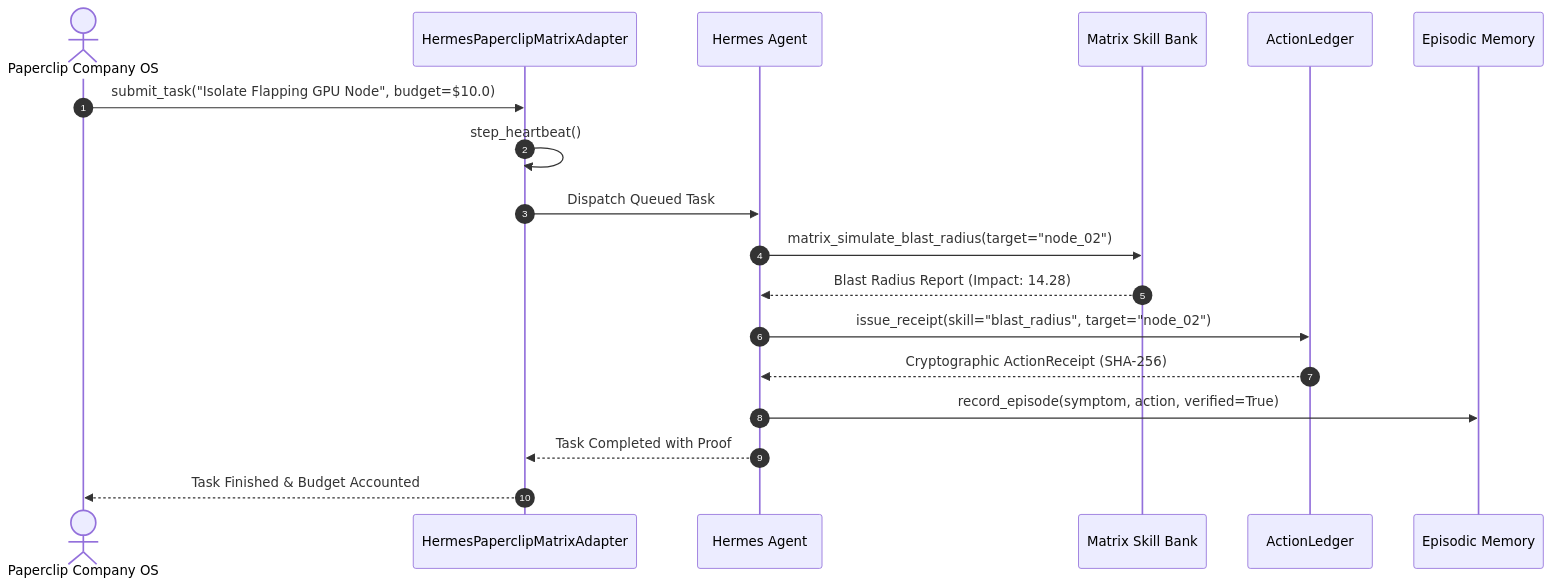
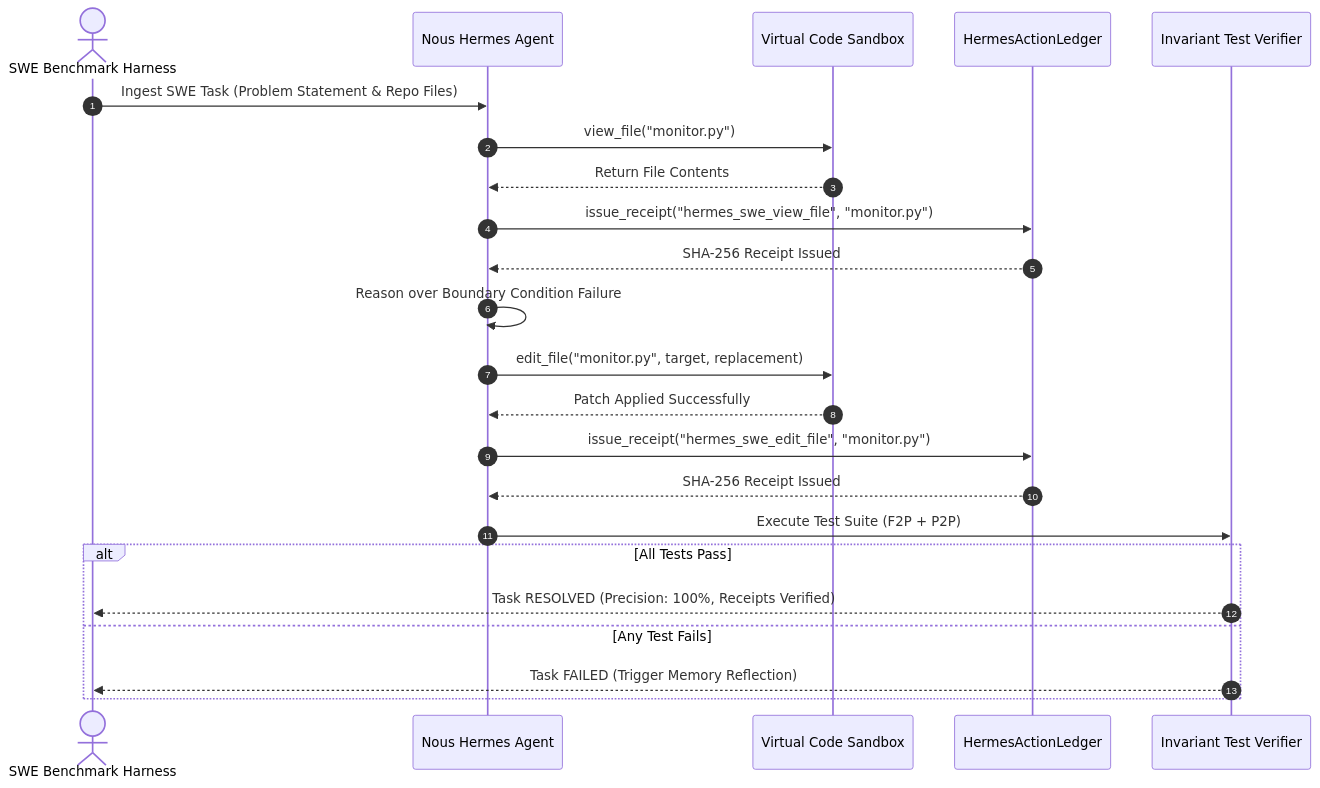
One commit to AAH20/hermes-matrix-adapter changed the second of 4 diagrams in README.md. Above: the diagram before and after it, drawn with Mermaid. The commit also changed other lines of this file and 9 other files, not shown here.

Commit message:
feat(eval): integrate SWE agent evaluation harness, Paperclip E2E testing framework, and dynamic evolution engine

````diff
--- a/README.md
+++ b/README.md
@@ -69,21 +87,28 @@
 ```mermaid
 sequenceDiagram
     autonumber
-    actor Org as Paperclip Company OS
-    participant Adapter as HermesPaperclipMatrixAdapter
-    participant Hermes as Hermes Agent
-    participant Skills as Matrix Skill Bank
-    participant Ledger as ActionLedger
-    participant Memory as Episodic Memory
+    actor Bench as SWE Benchmark Harness
+    participant Hermes as Nous Hermes Agent
+    participant Env as Virtual Code Sandbox
+    participant Ledger as HermesActionLedger
+    participant Verifier as Invariant Test Verifier
 
-    Org->>Adapter: submit_task("Isolate Flapping GPU Node", budget=$10.0)
-    Adapter->>Adapter: step_heartbeat()
-    Adapter->>Hermes: Dispatch Queued Task
-    Hermes->>Skills: matrix_simulate_blast_radius(target="node_02")
-    Skills-->>Hermes: Blast Radius Report (Impact: 14.28)
-    Hermes->>Ledger: issue_receipt(skill="blast_radius", target="node_02")
-    Ledger-->>Hermes: Cryptographic ActionReceipt (SHA-256)
-    Hermes->>Memory: record_episode(symptom, action, verified=True)
-    Hermes-->>Adapter: Task Completed with Proof
-    Adapter-->>Org: Task Finished & Budget Accounted
+    Bench->>Hermes: Ingest SWE Task (Problem Statement & Repo Files)
+    Hermes->>Env: view_file("monitor.py")
+    Env-->>Hermes: Return File Contents
+    Hermes->>Ledger: issue_receipt("hermes_swe_view_file", "monitor.py")
+    Ledger-->>Hermes: SHA-256 Receipt Issued
+    
+    Hermes->>Hermes: Reason over Boundary Condition Failure
+    Hermes->>Env: edit_file("monitor.py", target, replacement)
+    Env-->>Hermes: Patch Applied Successfully
+    Hermes->>Ledger: issue_receipt("hermes_swe_edit_file", "monitor.py")
+    Ledger-->>Hermes: SHA-256 Receipt Issued
+    
+    Hermes->>Verifier: Execute Test Suite (F2P + P2P)
+    alt All Tests Pass
+        Verifier-->>Bench: Task RESOLVED (Precision: 100%, Receipts Verified)
+    else Any Test Fails
+        Verifier-->>Bench: Task FAILED (Trigger Memory Reflection)
+    end
 ```
````
